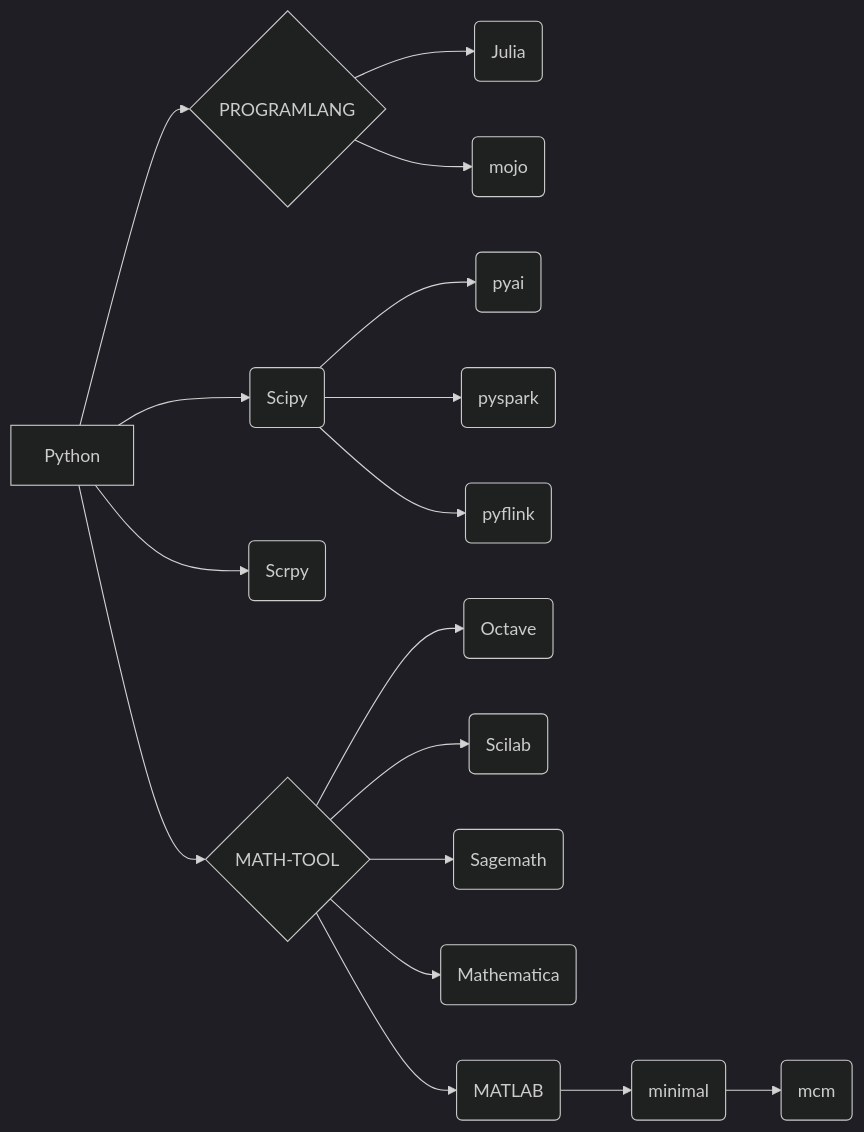
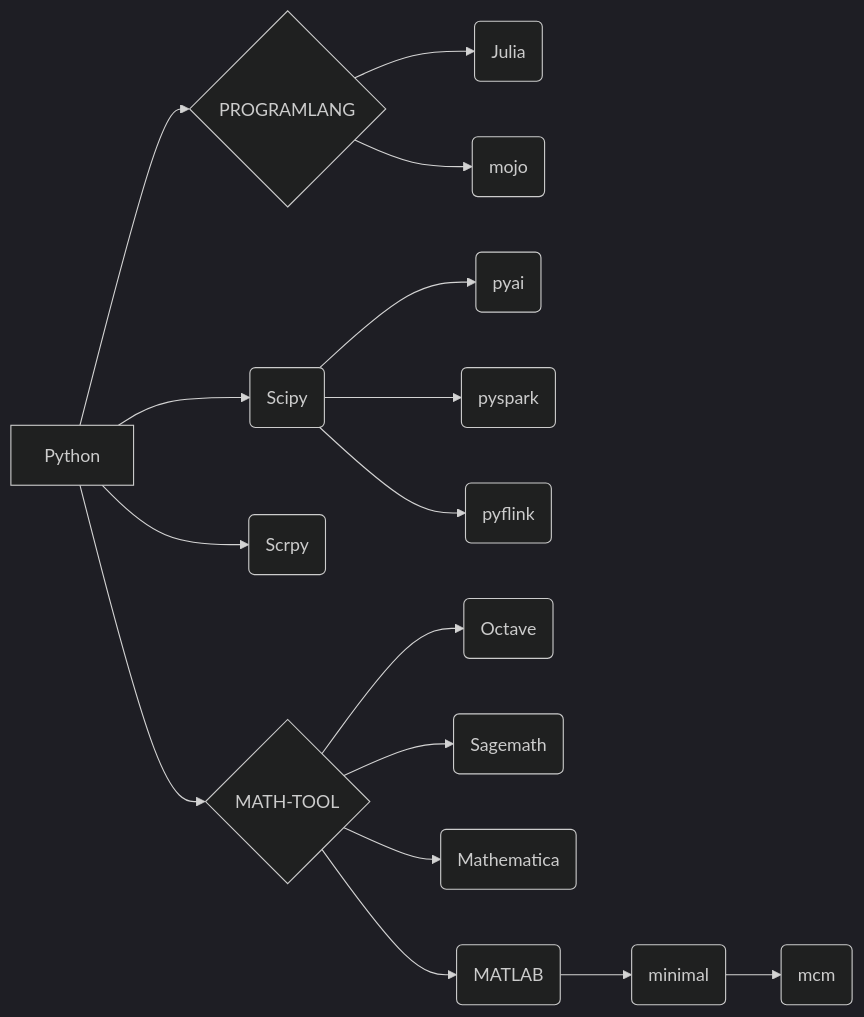
Before and after one commit to ben0i0d/jupyter: the diagram in README.md, drawn with Mermaid (dark theme). The commit also changed 1 other file, not shown here.

Commit message:
remove scilab(scilab do not support adv-cli in jupyter )

````diff
--- a/README.md
+++ b/README.md
@@ -78,16 +78,15 @@
 ```mermaid
 graph LR
 Python-->PROGRAM{PROGRAMLANG}
 PROGRAM-->PC(Julia)
 PROGRAM-->PR(mojo)
 Python-->PRA(Scipy)
 Python-->PRB(Scrpy)
 PRA-->PRAA(pyai)  
 PRA-->PRAB(pyspark)  
 PRA-->PRAC(pyflink)  
 Python-->MATH{MATH-TOOL}-->MA(Octave)
-MATH-->MB(Scilab)
 MATH-->MC(Sagemath)
 MATH-->ME(Mathematica)
 MATH-->MD(MATLAB)-->MDA(minimal)-->MDAA(mcm)
 ```
````
